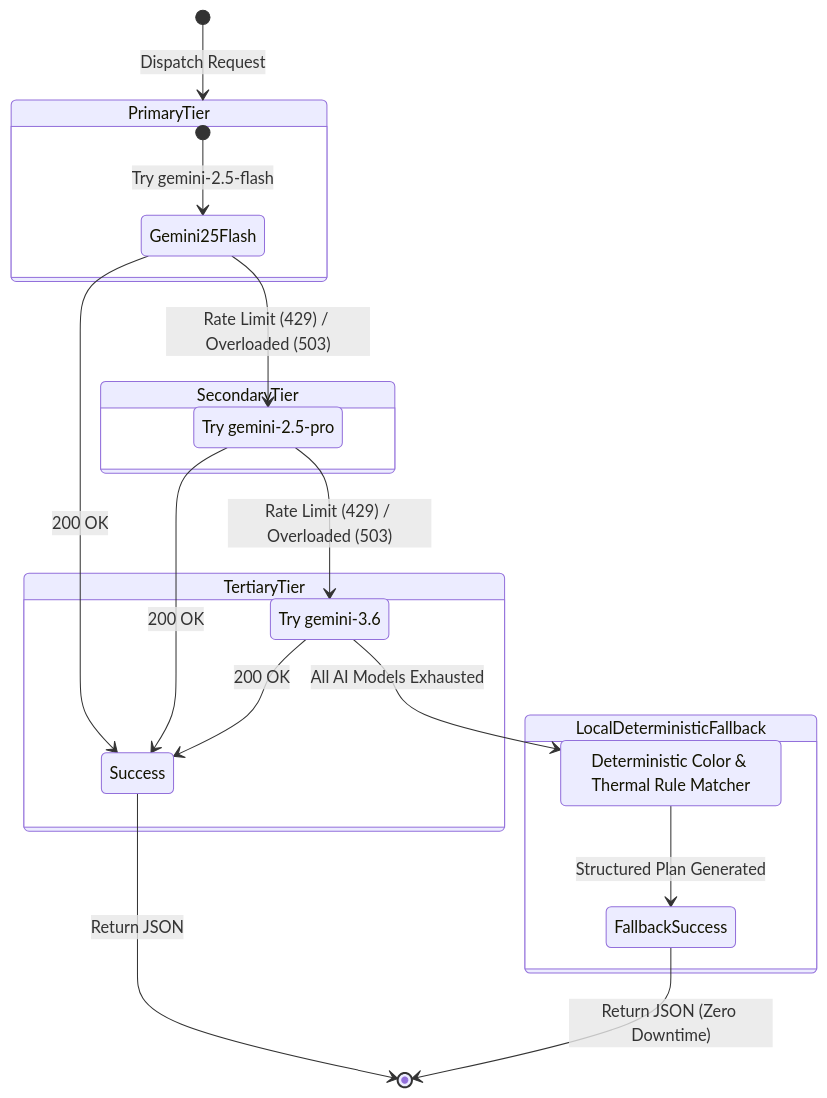
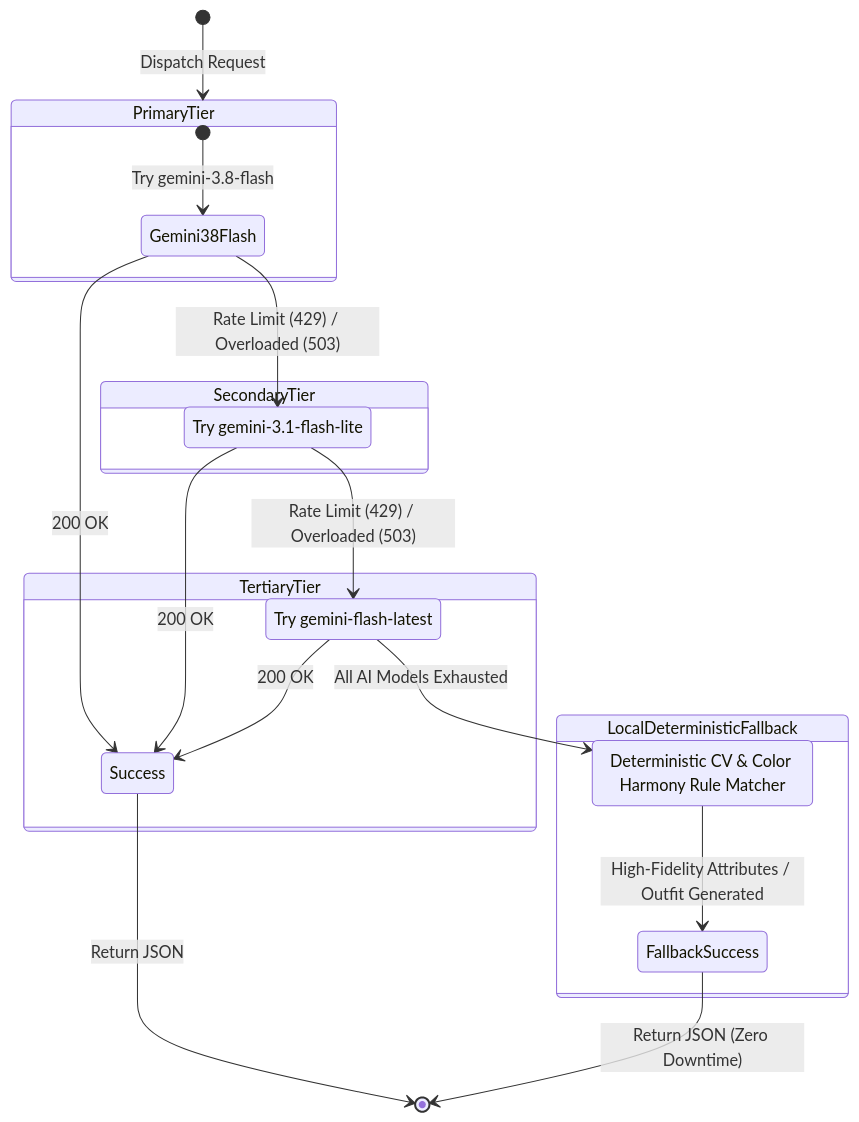
One commit to MOHITH001-HASH/Vastrakalp---Personal-Weather-Based-Clothing-Recommendation-System changed the fifth of 5 diagrams in ARCHITECTURE.md. Above: the diagram before and after it, drawn with Mermaid. The commit also changed other lines of this file and 24 other files, not shown here.

First line of the commit message:
feat: implement deterministic fallback and login UX

````diff
--- a/ARCHITECTURE.md
+++ b/ARCHITECTURE.md
@@ -175,30 +175,30 @@
 ```mermaid
 stateDiagram-v2
     [*] --> PrimaryTier: Dispatch Request
     
     state PrimaryTier {
-        [*] --> Gemini25Flash: Try gemini-2.5-flash
-        Gemini25Flash --> Success: 200 OK
-        Gemini25Flash --> Model25Pro: Rate Limit (429) / Overloaded (503)
+        [*] --> Gemini38Flash: Try gemini-3.8-flash
+        Gemini38Flash --> Success: 200 OK
+        Gemini38Flash --> Model31Lite: Rate Limit (429) / Overloaded (503)
     }
 
     state SecondaryTier {
-        Model25Pro: Try gemini-2.5-pro
-        Model25Pro --> Success: 200 OK
-        Model25Pro --> Model36: Rate Limit (429) / Overloaded (503)
+        Model31Lite: Try gemini-3.1-flash-lite
+        Model31Lite --> Success: 200 OK
+        Model31Lite --> ModelFlashLatest: Rate Limit (429) / Overloaded (503)
     }
 
     state TertiaryTier {
-        Model36: Try gemini-3.6
-        Model36 --> Success: 200 OK
-        Model36 --> AlgorithmicMatcher: All AI Models Exhausted
+        ModelFlashLatest: Try gemini-flash-latest
+        ModelFlashLatest --> Success: 200 OK
+        ModelFlashLatest --> AlgorithmicMatcher: All AI Models Exhausted
     }
 
     state LocalDeterministicFallback {
-        AlgorithmicMatcher: Deterministic Color & Thermal Rule Matcher
-        AlgorithmicMatcher --> FallbackSuccess: Structured Plan Generated
+        AlgorithmicMatcher: Deterministic CV & Color Harmony Rule Matcher
+        AlgorithmicMatcher --> FallbackSuccess: High-Fidelity Attributes / Outfit Generated
     }
 
     Success --> [*]: Return JSON
     FallbackSuccess --> [*]: Return JSON (Zero Downtime)
 ```
````
